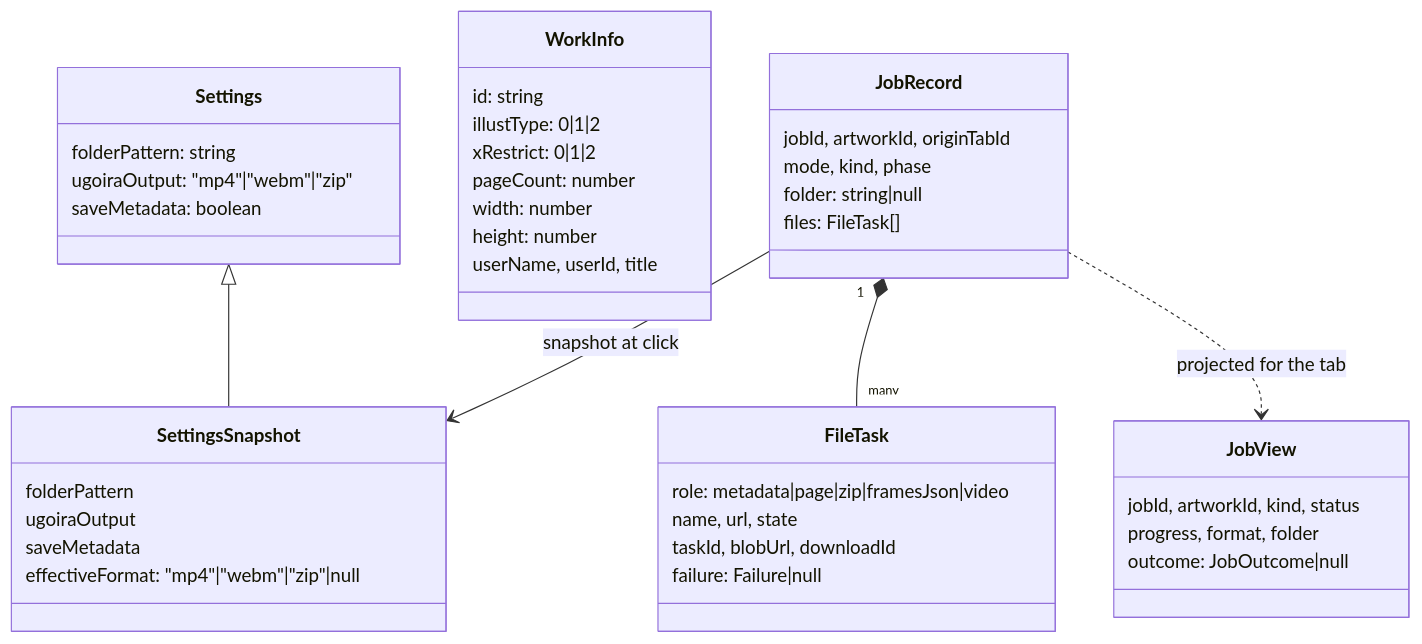
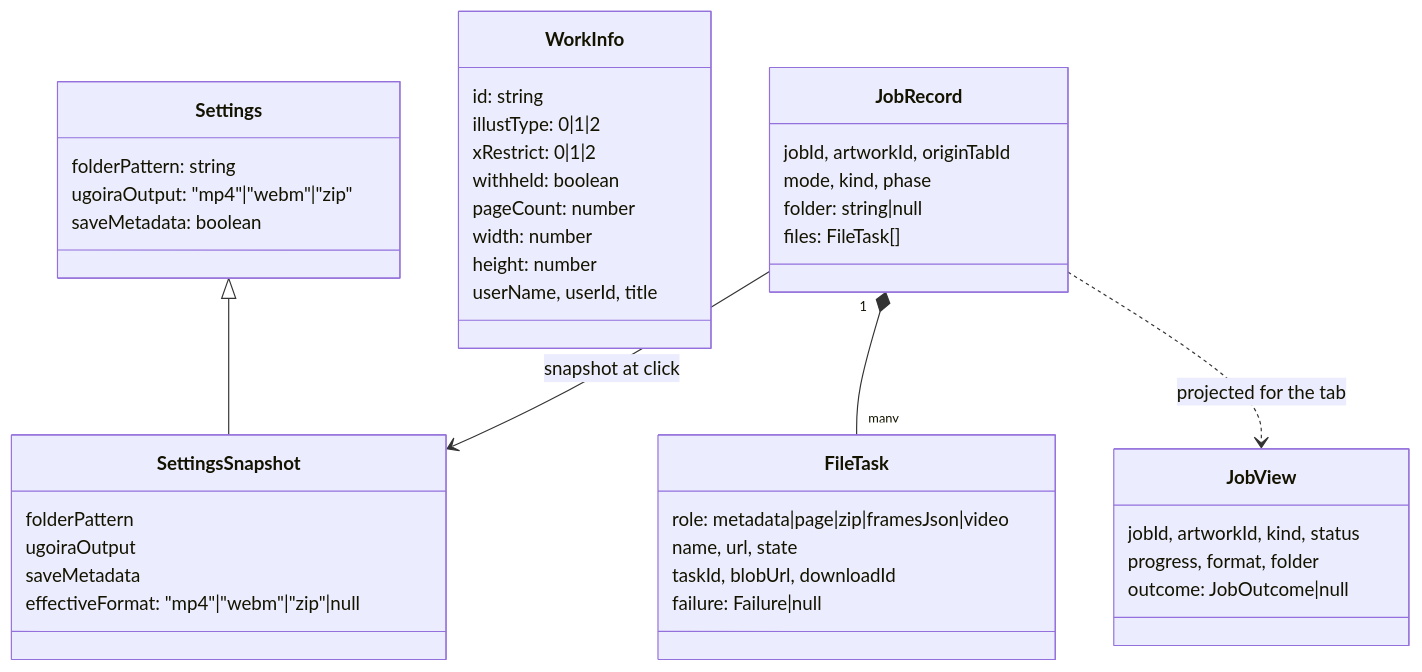
The second of 3 diagrams in docs/design/system.md (kyoicn/pixivhelper), drawn with Mermaid before and after one commit. The commit also changed other lines of this file and 10 other files, not shown here.

````diff
--- a/docs/design/system.md
+++ b/docs/design/system.md
@@ -217,44 +220,45 @@
 ```mermaid
 classDiagram
   class Settings {
     folderPattern: string
     ugoiraOutput: "mp4"|"webm"|"zip"
     saveMetadata: boolean
   }
   class SettingsSnapshot {
     folderPattern
     ugoiraOutput
     saveMetadata
     effectiveFormat: "mp4"|"webm"|"zip"|null
   }
   class WorkInfo {
     id: string
     illustType: 0|1|2
     xRestrict: 0|1|2
+    withheld: boolean
     pageCount: number
     width: number
     height: number
     userName, userId, title
   }
   class JobRecord {
     jobId, artworkId, originTabId
     mode, kind, phase
     folder: string|null
     files: FileTask[]
   }
   class FileTask {
     role: metadata|page|zip|framesJson|video
     name, url, state
     taskId, blobUrl, downloadId
     failure: Failure|null
   }
   class JobView {
     jobId, artworkId, kind, status
     progress, format, folder
     outcome: JobOutcome|null
   }
   Settings <|-- SettingsSnapshot
   JobRecord "1" *-- "many" FileTask
   JobRecord --> SettingsSnapshot : snapshot at click
   JobRecord ..> JobView : projected for the tab
 ```
````
